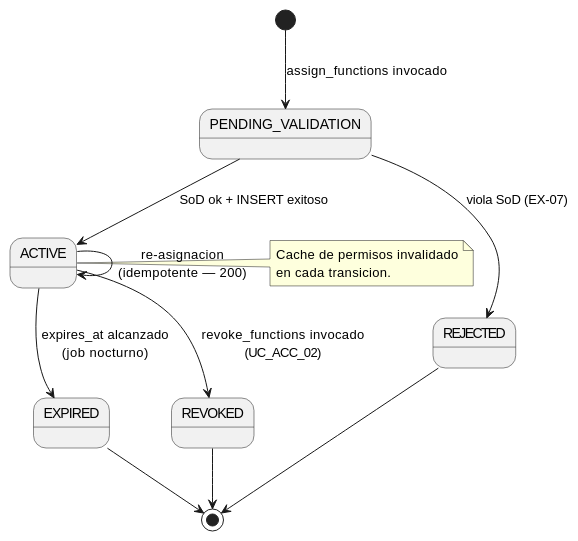
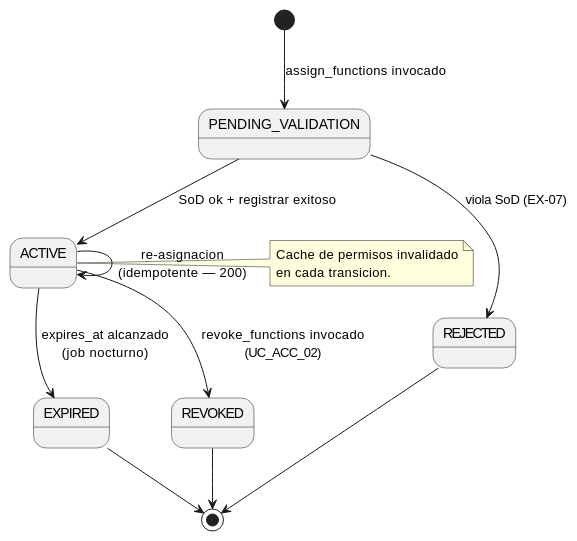
The diagram in source/arquitectura-tecnica/rbac/modelo-rbac-iact/diagramas/ciclo-vida-asignacion.rst (jcg-admin/IACT-docs), drawn with PlantUML before and after one commit. The commit also changed 48 other files, not shown here.

```diff
--- a/source/arquitectura-tecnica/rbac/modelo-rbac-iact/diagramas/ciclo-vida-asignacion.rst
+++ b/source/arquitectura-tecnica/rbac/modelo-rbac-iact/diagramas/ciclo-vida-asignacion.rst
@@ -22,24 +22,24 @@
 .. uml::
  :caption: Estados de una asignacion de funcion — incluye expiracion automatica.
 
  @startuml
 
  [*] --> PENDING_VALIDATION : assign_functions invocado
 
- PENDING_VALIDATION --> ACTIVE : SoD ok + INSERT exitoso
+ PENDING_VALIDATION --> ACTIVE : SoD ok + registrar exitoso
  PENDING_VALIDATION --> REJECTED : viola SoD (EX-07)
 
  ACTIVE --> EXPIRED : expires_at alcanzado\n(job nocturno)
  ACTIVE --> REVOKED : revoke_functions invocado\n(UC_ACC_02)
  ACTIVE --> ACTIVE : re-asignacion\n(idempotente — 200)
 
  EXPIRED --> [*]
  REVOKED --> [*]
  REJECTED --> [*]
 
  note right of ACTIVE
    Cache de permisos invalidado
    en cada transicion.
  end note
 
  @enduml
```
